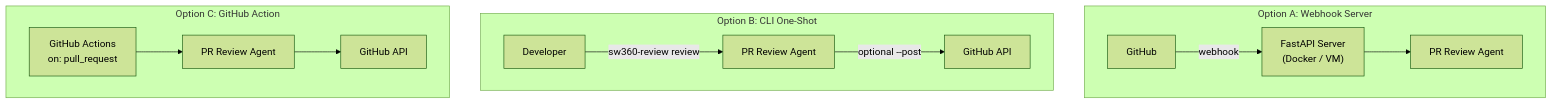
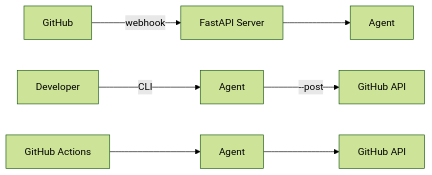
Before and after one commit to bibhuti230185/AI-learning: the seventh of 7 diagrams in pr_review_agent/sw360_review_agent/ARCHITECTURE.md, drawn with Mermaid (forest theme). The commit also changed other lines of this file and 19 other files, not shown here.

Commit message:
feat(pr-review): add rules loader and improve review flow

````diff
--- a/pr_review_agent/sw360_review_agent/ARCHITECTURE.md
+++ b/pr_review_agent/sw360_review_agent/ARCHITECTURE.md
@@ -201,17 +133,6 @@
 ```mermaid
-flowchart TB
-    subgraph Option1["Option A: Webhook Server"]
-        GH1["GitHub"] -->|webhook| SRV1["FastAPI Server<br/>(Docker / VM)"]
-        SRV1 --> AGENT1["PR Review Agent"]
-    end
-
-    subgraph Option2["Option B: CLI One-Shot"]
-        DEV["Developer"] -->|sw360-review review| AGENT2["PR Review Agent"]
-        AGENT2 -->|optional --post| GH2["GitHub API"]
-    end
-
-    subgraph Option3["Option C: GitHub Action"]
-        GA["GitHub Actions<br/>on: pull_request"] --> AGENT3["PR Review Agent"]
-        AGENT3 --> GH3["GitHub API"]
-    end
+flowchart LR
+    GH1[GitHub] -->|webhook| SRV[FastAPI Server] --> A1[Agent]
+    DEV[Developer] -->|CLI| A2[Agent] -->|--post| GH2[GitHub API]
+    GA[GitHub Actions] --> A3[Agent] --> GH3[GitHub API]
 ```
````
